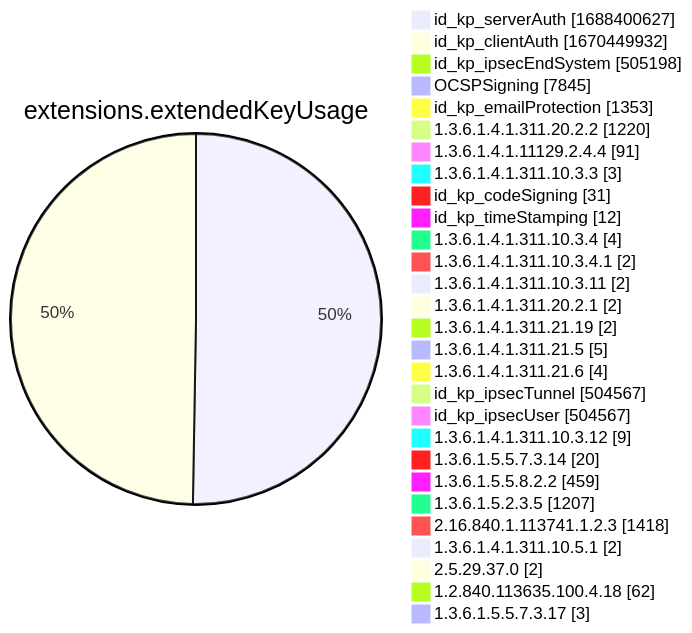
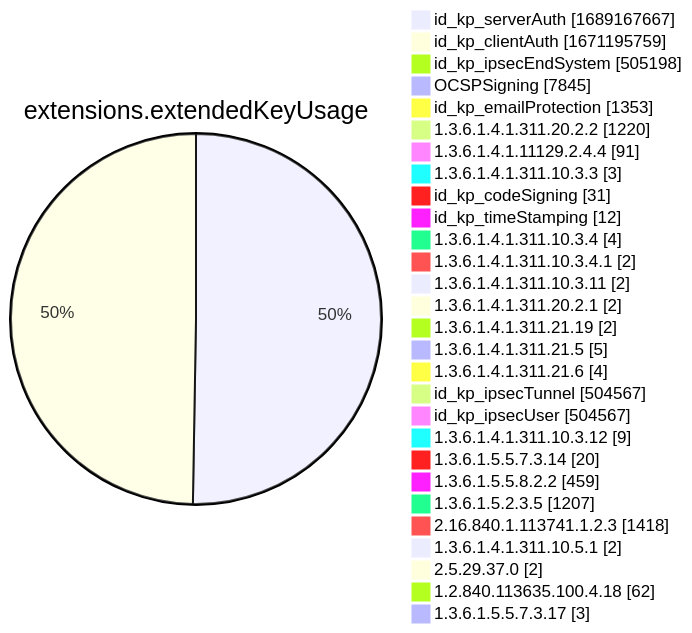
Diagram 12 of 15 in xenon2022/README.md (christiankrug/ctmonitor_visualization), drawn with Mermaid before and after one commit. The commit also changed other lines of this file, not shown here.

````diff
--- a/xenon2022/README.md
+++ b/xenon2022/README.md
@@ -3888,32 +3888,32 @@
 ```mermaid
 pie showData
 title extensions.extendedKeyUsage
-"id_kp_serverAuth" :1688400627
-"id_kp_clientAuth" :1670449932
+"id_kp_serverAuth" :1689167667
+"id_kp_clientAuth" :1671195759
 "id_kp_ipsecEndSystem" :505198
 "OCSPSigning" :7845
 "id_kp_emailProtection" :1353
 "1.3.6.1.4.1.311.20.2.2" :1220
 "1.3.6.1.4.1.11129.2.4.4" :91
 "1.3.6.1.4.1.311.10.3.3" :3
 "id_kp_codeSigning" :31
 "id_kp_timeStamping" :12
 "1.3.6.1.4.1.311.10.3.4" :4
 "1.3.6.1.4.1.311.10.3.4.1" :2
 "1.3.6.1.4.1.311.10.3.11" :2
 "1.3.6.1.4.1.311.20.2.1" :2
 "1.3.6.1.4.1.311.21.19" :2
 "1.3.6.1.4.1.311.21.5" :5
 "1.3.6.1.4.1.311.21.6" :4
 "id_kp_ipsecTunnel" :504567
 "id_kp_ipsecUser" :504567
 "1.3.6.1.4.1.311.10.3.12" :9
 "1.3.6.1.5.5.7.3.14" :20
 "1.3.6.1.5.5.8.2.2" :459
 "1.3.6.1.5.2.3.5" :1207
 "2.16.840.1.113741.1.2.3" :1418
 "1.3.6.1.4.1.311.10.5.1" :2
 "2.5.29.37.0" :2
 "1.2.840.113635.100.4.18" :62
 "1.3.6.1.5.5.7.3.17" :3
 ```
````
